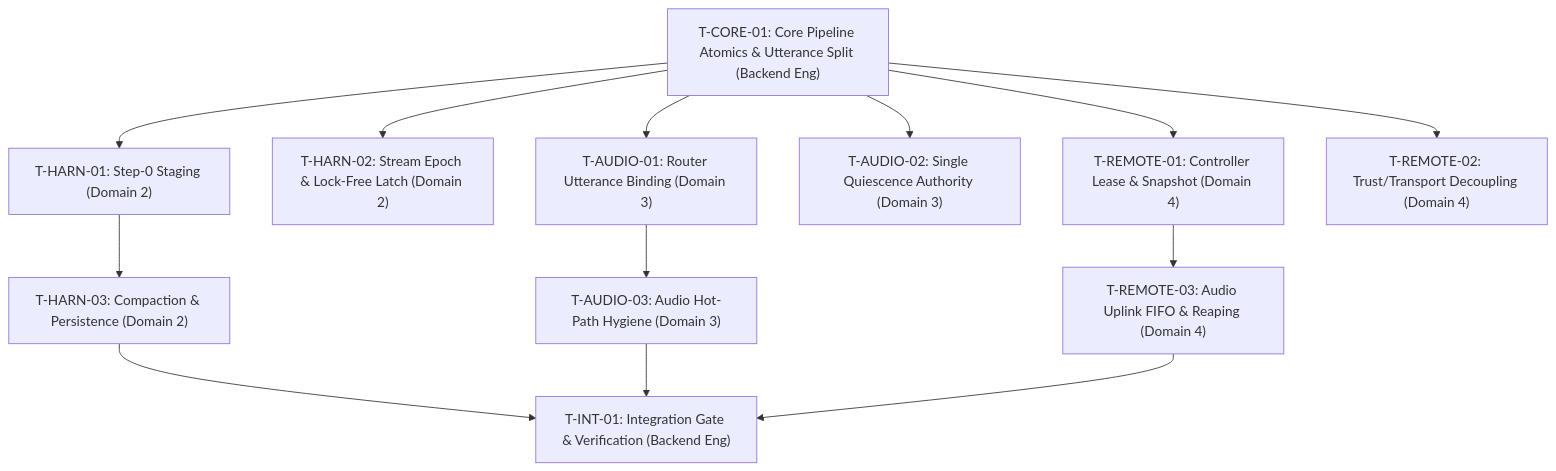
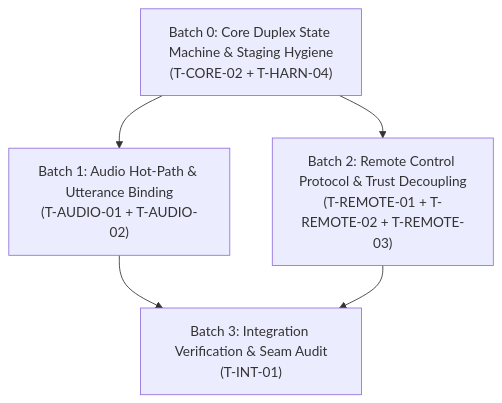
One commit to addy-47/vox changed the diagram in docs/plans/phase14/pipeline-refactor-plan.md. Above: the diagram before and after it, drawn with Mermaid. The commit also changed other lines of this file and 18 other files, not shown here.

Commit message:
wip(refactor): simplify database schema ,simplifed barge in logic and created new pipeline refactor plan

````diff
--- a/docs/plans/phase14/pipeline-refactor-plan.md
+++ b/docs/plans/phase14/pipeline-refactor-plan.md
@@ -71,34 +71,14 @@
 ```mermaid
 graph TD
-    T_CORE_01["T-CORE-01: Core Pipeline Atomics & Utterance Split (Backend Eng)"]
+    B0["Batch 0: Core Duplex State Machine & Staging Hygiene<br/>(T-CORE-02 + T-HARN-04)"]
     
-    T_HARN_01["T-HARN-01: Step-0 Staging (Domain 2)"]
-    T_HARN_02["T-HARN-02: Stream Epoch & Lock-Free Latch (Domain 2)"]
-    T_HARN_03["T-HARN-03: Compaction & Persistence (Domain 2)"]
+    B1["Batch 1: Audio Hot-Path & Utterance Binding<br/>(T-AUDIO-01 + T-AUDIO-02)"]
+    B2["Batch 2: Remote Control Protocol & Trust Decoupling<br/>(T-REMOTE-01 + T-REMOTE-02 + T-REMOTE-03)"]
     
-    T_AUDIO_01["T-AUDIO-01: Router Utterance Binding (Domain 3)"]
-    T_AUDIO_02["T-AUDIO-02: Single Quiescence Authority (Domain 3)"]
-    T_AUDIO_03["T-AUDIO-03: Audio Hot-Path Hygiene (Domain 3)"]
-    
-    T_REMOTE_01["T-REMOTE-01: Controller Lease & Snapshot (Domain 4)"]
-    T_REMOTE_02["T-REMOTE-02: Trust/Transport Decoupling (Domain 4)"]
-    T_REMOTE_03["T-REMOTE-03: Audio Uplink FIFO & Reaping (Domain 4)"]
-    
-    T_INT_01["T-INT-01: Integration Gate & Verification (Backend Eng)"]
+    B3["Batch 3: Integration Verification & Seam Audit<br/>(T-INT-01)"]
 
-    T_CORE_01 --> T_HARN_01
-    T_CORE_01 --> T_HARN_02
-    T_HARN_01 --> T_HARN_03
-
-    T_CORE_01 --> T_AUDIO_01
-    T_CORE_01 --> T_AUDIO_02
-    T_AUDIO_01 --> T_AUDIO_03
-
-    T_CORE_01 --> T_REMOTE_01
-    T_CORE_01 --> T_REMOTE_02
-    T_REMOTE_01 --> T_REMOTE_03
-
-    T_HARN_03 --> T_INT_01
-    T_AUDIO_03 --> T_INT_01
-    T_REMOTE_03 --> T_INT_01
+    B0 --> B1
+    B0 --> B2
+    B1 --> B3
+    B2 --> B3
 ```
````
